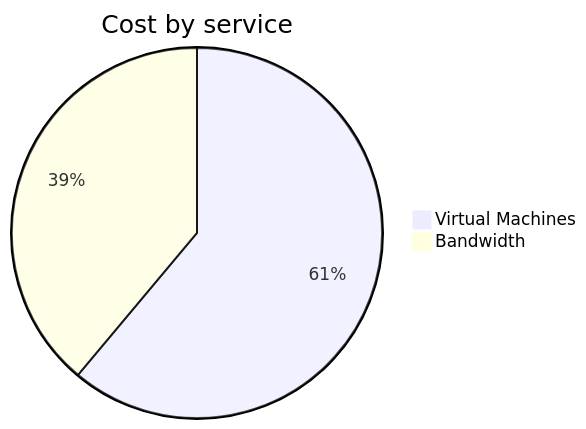
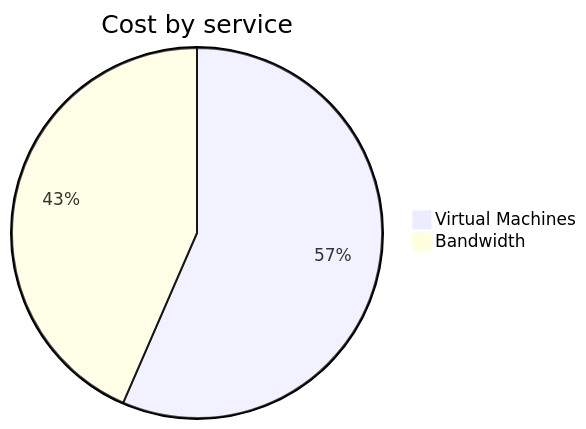
Before and after one commit to jpfulton/azure-personal-reports: the second of 4 diagrams in cost-reports/personal-network/vpn-server.md, drawn with Mermaid. The commit also changed other lines of this file and 8 other files, not shown here.

````diff
--- a/cost-reports/personal-network/vpn-server.md
+++ b/cost-reports/personal-network/vpn-server.md
@@ -94,6 +94,6 @@
 ```mermaid
 pie
    title Cost by service
-   "Virtual Machines" : 4.54
-   "Bandwidth" : 2.89
+   "Virtual Machines" : 4.72
+   "Bandwidth" : 3.63
 ```
````
